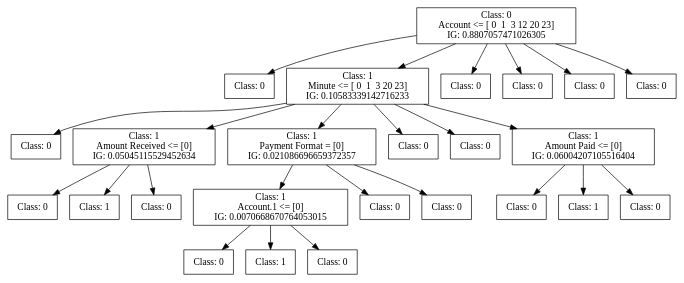
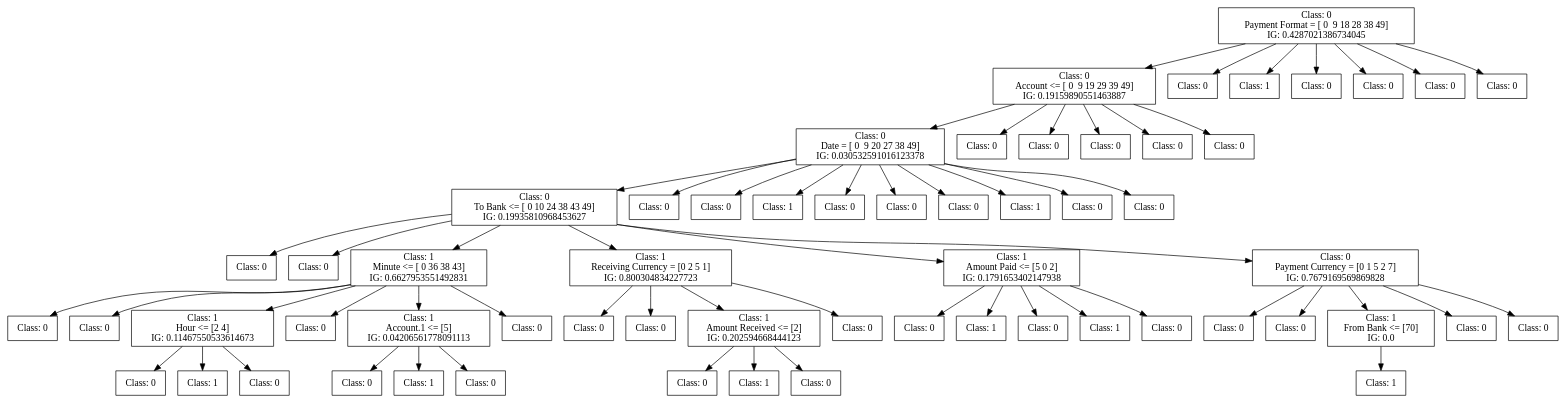
The diagram in dot_figs/tree-id3-oversampling-6.dot (FedericoBruzzone/anti-money-laundering), drawn with Graphviz before and after one commit. The commit also changed 28 other files, not shown here.

```diff
--- a/dot_figs/tree-id3-oversampling-6.dot
+++ b/dot_figs/tree-id3-oversampling-6.dot
@@ -1,84 +1,195 @@
 digraph DecisionTree {
 	rankdir=TD;
 	node [shape=box];
-	2150864728368 [label="Class: 0
-Account <= [ 0  1  3 12 20 23]
-IG: 0.8807057471026305"];
-	2151012409088 [label="Class: 0
+	1905423644176 [label="Class: 0
+Payment Format = [ 0  9 18 28 38 49]
+IG: 0.4287021386734045"];
+	1905423643120 [label="Class: 0
+Account <= [ 0  9 19 29 39 49]
+IG: 0.19159890551463887"];
+	1905423644176 -> 1905423643120;
+	1905423641632 [label="Class: 0
+Date = [ 0  9 20 27 38 49]
+IG: 0.030532591016123378"];
+	1905423643120 -> 1905423641632;
+	1905423642016 [label="Class: 0
+To Bank <= [ 0 10 24 38 43 49]
+IG: 0.19935810968453627"];
+	1905423641632 -> 1905423642016;
+	1905423641248 [label="Class: 0
 "];
-	2150864728368 -> 2151012409088;
-	2151012409520 [label="Class: 1
-Minute <= [ 0  1  3 20 23]
-IG: 0.10583339142716233"];
-	2150864728368 -> 2151012409520;
-	2151012407264 [label="Class: 0
+	1905423642016 -> 1905423641248;
+	1905423646192 [label="Class: 0
 "];
-	2151012409520 -> 2151012407264;
-	2151012412160 [label="Class: 1
-Amount Received <= [0]
-IG: 0.05045115529452634"];
-	2151012409520 -> 2151012412160;
-	2151012413120 [label="Class: 0
+	1905423642016 -> 1905423646192;
+	1905423636784 [label="Class: 1
+Minute <= [ 0 36 38 43]
+IG: 0.6627953551492831"];
+	1905423642016 -> 1905423636784;
+	1909973550464 [label="Class: 0
 "];
-	2151012412160 -> 2151012413120;
-	2151012413312 [label="Class: 1
+	1905423636784 -> 1909973550464;
+	1909973551616 [label="Class: 0
 "];
-	2151012412160 -> 2151012413312;
-	2151012407504 [label="Class: 0
+	1905423636784 -> 1909973551616;
+	1909973550560 [label="Class: 1
+Hour <= [2 4]
+IG: 0.11467550533614673"];
+	1905423636784 -> 1909973550560;
+	1909973552576 [label="Class: 0
 "];
-	2151012412160 -> 2151012407504;
-	2151012406496 [label="Class: 1
-Payment Format = [0]
-IG: 0.021086696659372357"];
-	2151012409520 -> 2151012406496;
-	2151012410288 [label="Class: 1
-Account.1 <= [0]
-IG: 0.0070668670764053015"];
-	2151012406496 -> 2151012410288;
-	2151012414128 [label="Class: 0
+	1909973550560 -> 1909973552576;
+	1909973552768 [label="Class: 1
 "];
-	2151012410288 -> 2151012414128;
-	2151012414320 [label="Class: 1
+	1909973550560 -> 1909973552768;
+	1909973552240 [label="Class: 0
 "];
-	2151012410288 -> 2151012414320;
-	2151012413840 [label="Class: 0
+	1909973550560 -> 1909973552240;
+	1909973549744 [label="Class: 0
 "];
-	2151012410288 -> 2151012413840;
-	2151012410384 [label="Class: 0
+	1905423636784 -> 1909973549744;
+	1909973550320 [label="Class: 1
+Account.1 <= [5]
+IG: 0.04206561778091113"];
+	1905423636784 -> 1909973550320;
+	1909973553344 [label="Class: 0
 "];
-	2151012406496 -> 2151012410384;
-	2151012406832 [label="Class: 0
+	1909973550320 -> 1909973553344;
+	1909973553536 [label="Class: 1
 "];
-	2151012406496 -> 2151012406832;
-	2151012405152 [label="Class: 0
+	1909973550320 -> 1909973553536;
+	1909973550080 [label="Class: 0
 "];
-	2151012409520 -> 2151012405152;
-	2151012411920 [label="Class: 0
+	1909973550320 -> 1909973550080;
+	1909973549840 [label="Class: 0
 "];
-	2151012409520 -> 2151012411920;
-	2151012404576 [label="Class: 1
-Amount Paid <= [0]
-IG: 0.06004207105516404"];
-	2151012409520 -> 2151012404576;
-	2151012414896 [label="Class: 0
+	1905423636784 -> 1909973549840;
+	1905423637264 [label="Class: 1
+Receiving Currency = [0 2 5 1]
+IG: 0.800304834227723"];
+	1905423642016 -> 1905423637264;
+	1909973553872 [label="Class: 0
 "];
-	2151012404576 -> 2151012414896;
-	2151012415088 [label="Class: 1
+	1905423637264 -> 1909973553872;
+	1909973549696 [label="Class: 0
 "];
-	2151012404576 -> 2151012415088;
-	2151012414608 [label="Class: 0
+	1905423637264 -> 1909973549696;
+	1909973549264 [label="Class: 1
+Amount Received <= [2]
+IG: 0.202594668444123"];
+	1905423637264 -> 1909973549264;
+	1909973554400 [label="Class: 0
 "];
-	2151012404576 -> 2151012414608;
-	2151012407024 [label="Class: 0
+	1909973549264 -> 1909973554400;
+	1909973554592 [label="Class: 1
 "];
-	2150864728368 -> 2151012407024;
-	2151012409280 [label="Class: 0
+	1909973549264 -> 1909973554592;
+	1909973554016 [label="Class: 0
 "];
-	2150864728368 -> 2151012409280;
-	2151012408944 [label="Class: 0
+	1909973549264 -> 1909973554016;
+	1909973553104 [label="Class: 0
 "];
-	2150864728368 -> 2151012408944;
-	2151012407696 [label="Class: 0
+	1905423637264 -> 1909973553104;
+	1905423645712 [label="Class: 1
+Amount Paid <= [5 0 2]
+IG: 0.1791653402147938"];
+	1905423642016 -> 1905423645712;
+	1909973555312 [label="Class: 0
 "];
-	2150864728368 -> 2151012407696;
+	1905423645712 -> 1909973555312;
+	1909973555024 [label="Class: 1
+"];
+	1905423645712 -> 1909973555024;
+	1909973551712 [label="Class: 0
+"];
+	1905423645712 -> 1909973551712;
+	1909973554736 [label="Class: 1
+"];
+	1905423645712 -> 1909973554736;
+	1909973554880 [label="Class: 0
+"];
+	1905423645712 -> 1909973554880;
+	1905423646480 [label="Class: 0
+Payment Currency = [0 1 5 2 7]
+IG: 0.7679169569869828"];
+	1905423642016 -> 1905423646480;
+	1909973555648 [label="Class: 0
+"];
+	1905423646480 -> 1909973555648;
+	1909973554544 [label="Class: 0
+"];
+	1905423646480 -> 1909973554544;
+	1909973552864 [label="Class: 1
+From Bank <= [70]
+IG: 0.0"];
+	1905423646480 -> 1909973552864;
+	1909973556128 [label="Class: 1
+"];
+	1909973552864 -> 1909973556128;
+	1909973549504 [label="Class: 0
+"];
+	1905423646480 -> 1909973549504;
+	1909973550176 [label="Class: 0
+"];
+	1905423646480 -> 1909973550176;
+	1905423646528 [label="Class: 0
+"];
+	1905423641632 -> 1905423646528;
+	1905423630592 [label="Class: 0
+"];
+	1905423641632 -> 1905423630592;
+	1905423643168 [label="Class: 1
+"];
+	1905423641632 -> 1905423643168;
+	1905423644848 [label="Class: 0
+"];
+	1905423641632 -> 1905423644848;
+	1905423640000 [label="Class: 0
+"];
+	1905423641632 -> 1905423640000;
+	1905423636688 [label="Class: 0
+"];
+	1905423641632 -> 1905423636688;
+	1905423646384 [label="Class: 1
+"];
+	1905423641632 -> 1905423646384;
+	1905423639328 [label="Class: 0
+"];
+	1905423641632 -> 1905423639328;
+	1905423643552 [label="Class: 0
+"];
+	1905423641632 -> 1905423643552;
+	1905423643600 [label="Class: 0
+"];
+	1905423643120 -> 1905423643600;
+	1905423646288 [label="Class: 0
+"];
+	1905423643120 -> 1905423646288;
+	1905423634240 [label="Class: 0
+"];
+	1905423643120 -> 1905423634240;
+	1905423644608 [label="Class: 0
+"];
+	1905423643120 -> 1905423644608;
+	1905423639952 [label="Class: 0
+"];
+	1905423643120 -> 1905423639952;
+	1905423646240 [label="Class: 0
+"];
+	1905423644176 -> 1905423646240;
+	1905423645808 [label="Class: 1
+"];
+	1905423644176 -> 1905423645808;
+	1905423640624 [label="Class: 0
+"];
+	1905423644176 -> 1905423640624;
+	1905423642640 [label="Class: 0
+"];
+	1905423644176 -> 1905423642640;
+	1905423642592 [label="Class: 0
+"];
+	1905423644176 -> 1905423642592;
+	1905423641392 [label="Class: 0
+"];
+	1905423644176 -> 1905423641392;
 }
```
